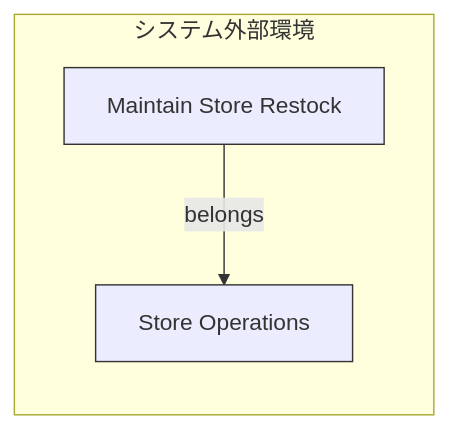
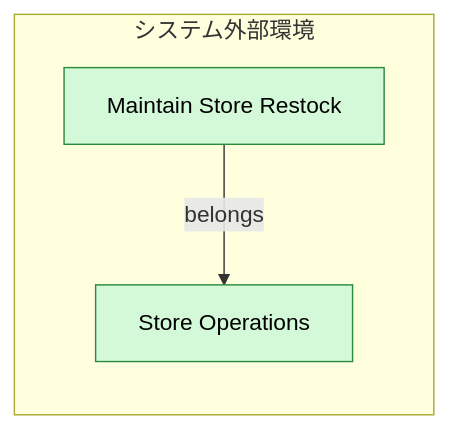
Before and after one commit to manji-0/rdra-ish-dsl: the diagram in samples/incremental-order/step-0-scope/design.md, drawn with Mermaid. The commit also changed 76 other files, not shown here.

First line of the commit message:
feat(cli): colour each RDRA element family in the flowchart diagrams

````diff
--- a/samples/incremental-order/step-0-scope/design.md
+++ b/samples/incremental-order/step-0-scope/design.md
@@ -46,16 +46,16 @@
 ```mermaid
 %% rdra-ish diagram=rdra scope=buc:BucStoreRestock model=samples/incremental-order/step-0-scope/src
 %% layers: environment=システム外部環境
 %% kinds: business buc
 %% omitted: (none)
 flowchart LR
   subgraph layer_environment["システム外部環境"]
     business__StoreOperations["Store Operations"]:::business
     %% desc business__StoreOperations: Store operations owns restock planning and store master maintenance.
     buc__BucStoreRestock["Maintain Store Restock"]:::buc
     %% desc buc__BucStoreRestock: Keep restock dates and store organization assignments operationally correct.
   end
   buc__BucStoreRestock -->|belongs| business__StoreOperations
-  classDef business stroke:#333;
-  classDef buc stroke:#333;
+  classDef business fill:#d3f9d8,stroke:#2b8a3e,color:#000;
+  classDef buc fill:#d3f9d8,stroke:#2b8a3e,color:#000;
 ```
````
